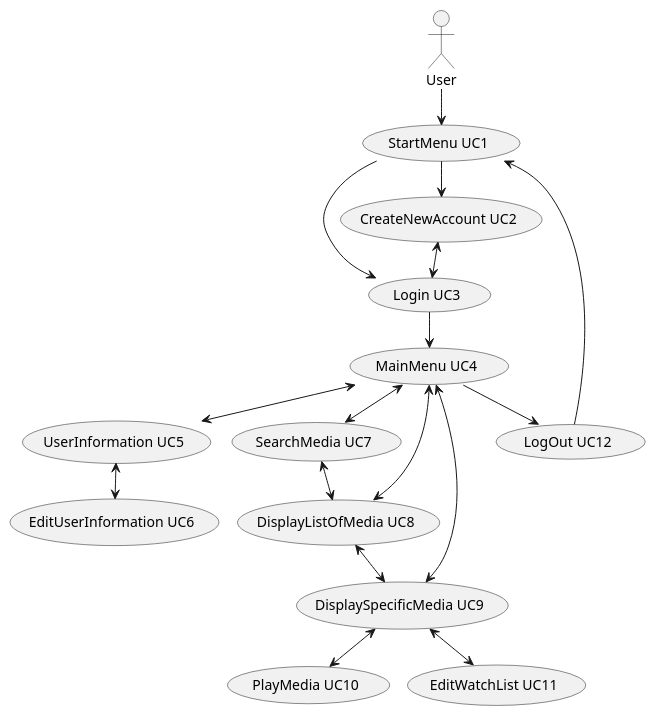
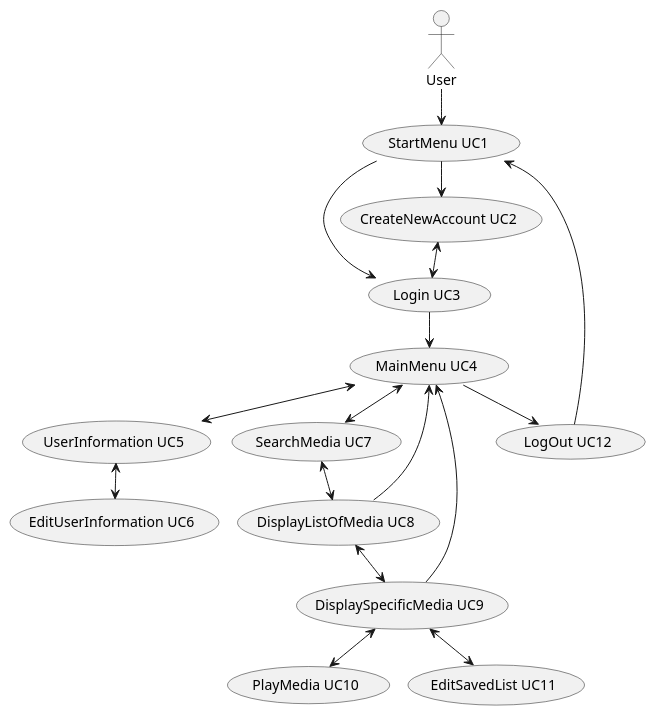
The diagram in doc/dynamic/UseCaseV2.puml (JonasChristoffersen/SP3), drawn with PlantUML before and after one commit. The commit also changed 1 other file, not shown here.

Commit message:
Updated diagrams

```diff
--- a/doc/dynamic/UseCaseV2.puml
+++ b/doc/dynamic/UseCaseV2.puml
@@ -1,29 +1,29 @@
 @startuml
 
 !pragma layout smetana
 
 User --> (StartMenu UC1)
 
 (StartMenu UC1) --> (Login UC3)
 (StartMenu UC1) --> (CreateNewAccount UC2)
 (CreateNewAccount UC2) <--> (Login UC3)
 (Login UC3) --> (MainMenu UC4)
 
 (MainMenu UC4) <--> (UserInformation UC5)
 (MainMenu UC4) <--> (SearchMedia UC7)
 (MainMenu UC4) --> (LogOut UC12)
-(MainMenu UC4) <--> (DisplayListOfMedia UC8)
-(MainMenu UC4) <--> (DisplaySpecificMedia UC9)
+(MainMenu UC4) <-- (DisplayListOfMedia UC8)
+(MainMenu UC4) <-- (DisplaySpecificMedia UC9)
 
 (UserInformation UC5) <--> (EditUserInformation UC6)
 
 (SearchMedia UC7) <--> (DisplayListOfMedia UC8)
 (DisplayListOfMedia UC8) <--> (DisplaySpecificMedia UC9)
 
 (DisplaySpecificMedia UC9) <--> (PlayMedia UC10)
-(DisplaySpecificMedia UC9) <--> (EditWatchList UC11)
+(DisplaySpecificMedia UC9) <--> (EditSavedList UC11)
 
 (LogOut UC12) --> (StartMenu UC1)
 
 
 @enduml
```
